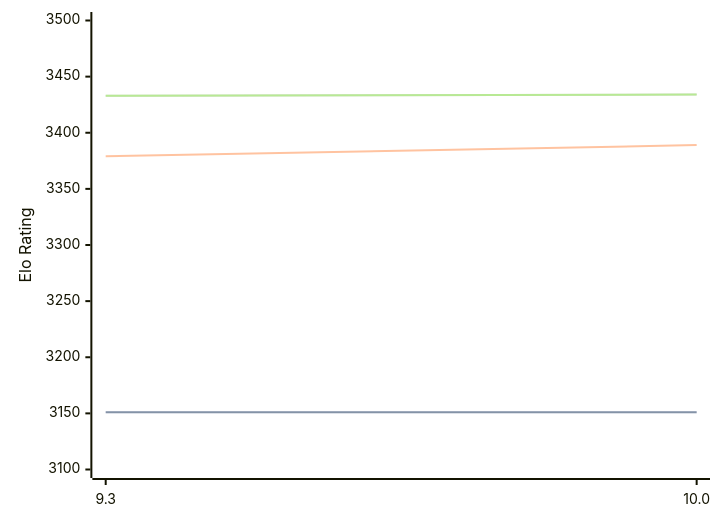
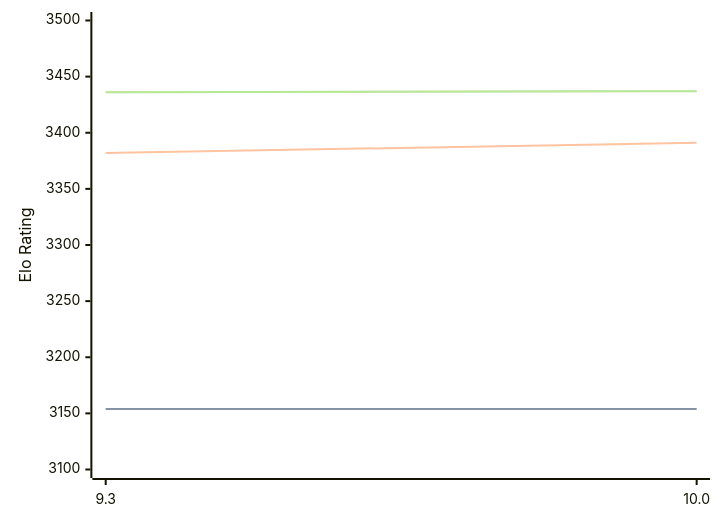
Before and after one commit to computer-chess-index/cci: the diagram in engines/Fire.md, drawn with Mermaid. The commit also changed other lines of this file, not shown here.

Commit message:
Update CCI Ratings (ELO VLTC) - 2026-09-24

````diff
--- a/engines/Fire.md
+++ b/engines/Fire.md
@@ -32,11 +32,11 @@
 ```mermaid
 %%{init: {"theme":"base","themeVariables":{"seriesColors:['#a3a3a3','#222221','#faa371']}}}%%
 xychart-beta
   x-axis ["9.3", "10.0"]
   y-axis "Elo Rating" 3100 --> 3500
-  line "" [3151, 3151]
-  line "STC (8.0+0.08s)" [3151, 3151]
-  line "LTC (60.0+0.60s)" [3379, 3389]
-  line "" [3433, 3434]
-  line "VLTC (2m24s+1.12s)" [3433, 3434]
+  line "" [3154, 3154]
+  line "STC (8.0+0.08s)" [3154, 3154]
+  line "LTC (60.0+0.60s)" [3382, 3391]
+  line "" [3436, 3437]
+  line "VLTC (2m24s+1.12s)" [3436, 3437]
 ```
````
